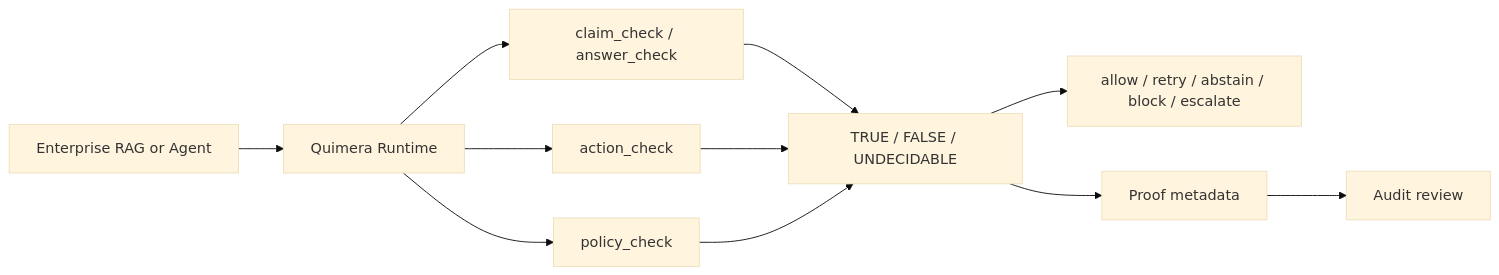
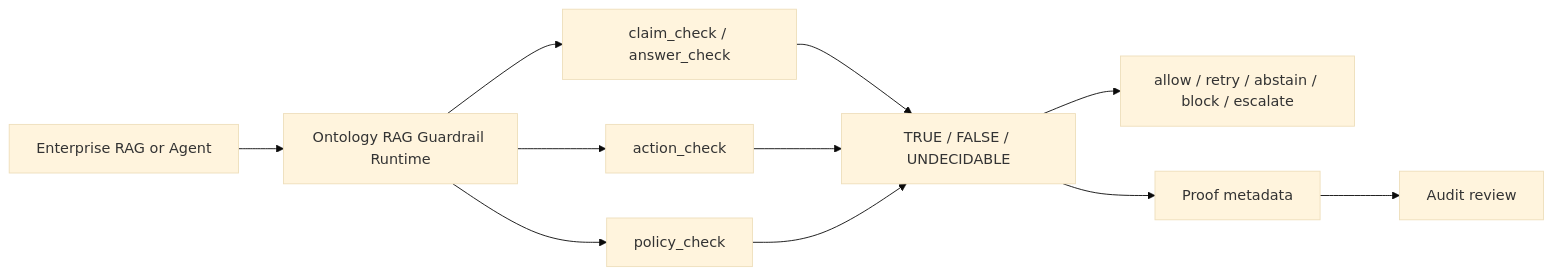
One commit to Masteradilio/ontology_rag_guardrail changed the diagram in docs/commercial_integration_diagram.md. Above: the diagram before and after it, drawn with Mermaid (base theme). The commit also changed 41 other files, not shown here.

Commit message:
docs: rename public project to ontology rag guardrail

````diff
--- a/docs/commercial_integration_diagram.md
+++ b/docs/commercial_integration_diagram.md
@@ -3,13 +3,13 @@
 ```mermaid
 flowchart LR
-    A["Enterprise RAG or Agent"] --> B["Quimera Runtime"]
+    A["Enterprise RAG or Agent"] --> B["Ontology RAG Guardrail Runtime"]
     B --> C["claim_check / answer_check"]
     B --> D["action_check"]
     B --> E["policy_check"]
     C --> F["TRUE / FALSE / UNDECIDABLE"]
     D --> F
     E --> F
     F --> G["allow / retry / abstain / block / escalate"]
     F --> H["Proof metadata"]
     H --> I["Audit review"]
 ```
````
